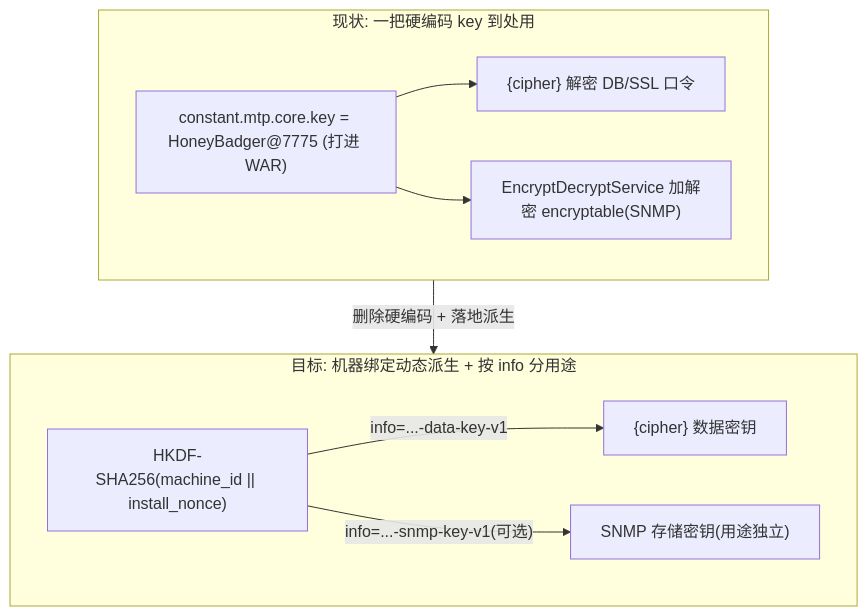
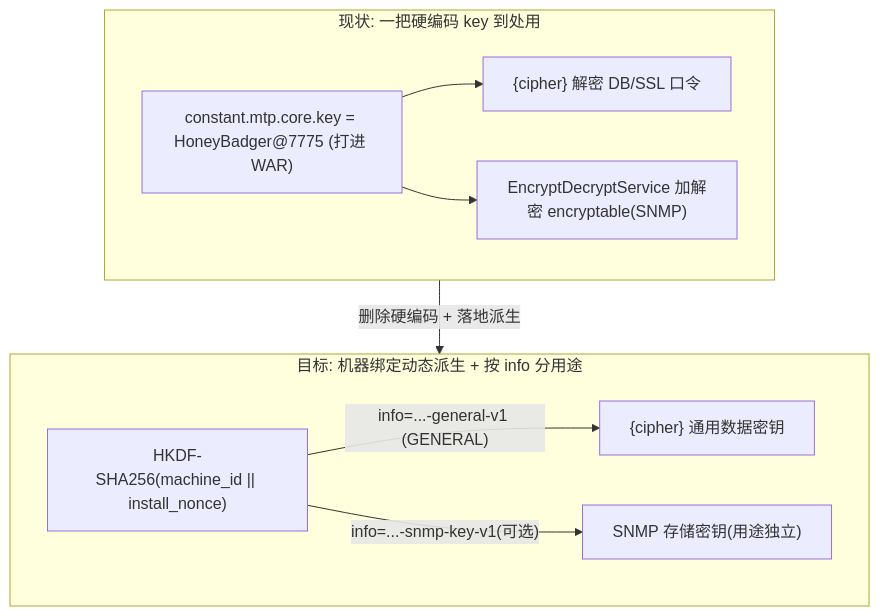
Before and after one commit to vb-wjt/study: the fifth of 8 diagrams in origin/2-projects/vertiv/PI/experience/v4.0/security-fix/design/crypto-key-management-solution.md, drawn with Mermaid. The commit also changed other lines of this file and 6 other files, not shown here.

````diff
--- a/origin/2-projects/vertiv/PI/experience/v4.0/security-fix/design/crypto-key-management-solution.md
+++ b/origin/2-projects/vertiv/PI/experience/v4.0/security-fix/design/crypto-key-management-solution.md
@@ -252,14 +279,14 @@
 ```mermaid
 flowchart TB
   subgraph before [现状: 一把硬编码 key 到处用]
     k0["constant.mtp.core.key = HoneyBadger@7775 (打进 WAR)"]
     k0 --> u1["{cipher} 解密 DB/SSL 口令"]
     k0 --> u2["EncryptDecryptService 加解密 encryptable(SNMP)"]
   end
   subgraph after [目标: 机器绑定动态派生 + 按 info 分用途]
     mid["HKDF-SHA256(machine_id || install_nonce)"]
-    mid -->|"info=...-data-key-v1"| d1["{cipher} 数据密钥"]
+    mid -->|"info=...-general-v1 (GENERAL)"| d1["{cipher} 通用数据密钥"]
     mid -->|"info=...-snmp-key-v1(可选)"| d2["SNMP 存储密钥(用途独立)"]
   end
   before -->|"删除硬编码 + 落地派生"| after
 ```
````
